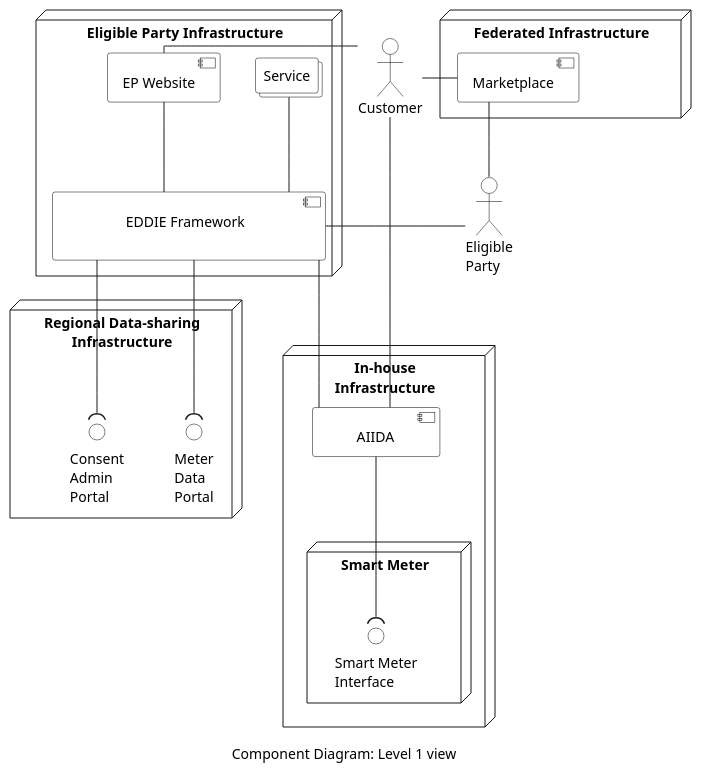
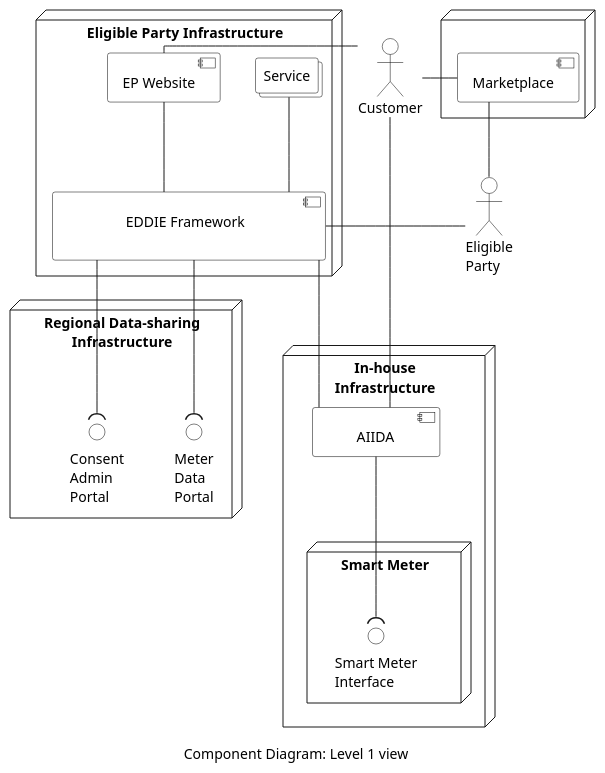
One commit to eddie-energy/architecture changed the diagram in arc42/05-building-block-view/figures/component-diagram-level-1.puml. Above: the diagram before and after it, drawn with PlantUML. The commit also changed 10 other files, not shown here.

```diff
--- a/arc42/05-building-block-view/figures/component-diagram-level-1.puml
+++ b/arc42/05-building-block-view/figures/component-diagram-level-1.puml
@@ -1,75 +1,75 @@
 @startuml component-diagram-level-1
 'component diagram
 caption Component Diagram: Level 1 view
 
 skinparam linetype ortho
 skinparam interface {
   backgroundColor transparent
   borderColor black
 }
 skinparam component{
   BorderColor black
   BackgroundColor transparent
 }
 skinparam actor{
   BorderColor black
   BackgroundColor transparent
 }
 skinparam database{
   BorderColor black
   BackgroundColor transparent
 }
 skinparam rectangle{
   BorderColor transparent
   BackgroundColor transparent
   FontColor transparent
 }
 skinparam collections{
   BorderColor black
   BackgroundColor white
 }
 
 
 
 node "Eligible Party Infrastructure"  as epInfra{
   component "\t\tEDDIE Framework\t\t\n" as eddie
   component "EP Website" as ui
   collections "Service" as service
 
   ui -down- eddie
   ui -[hidden]right- service
   service -down- eddie
 }
 
 node "In-house\nInfrastructure" {
   component "\tAIIDA\t" as aiida
   node "Smart Meter" as meter {
       interface "Smart Meter\nInterface" as p1
   }
   aiida -down-( p1 
 }
 
 node "Regional Data-sharing\nInfrastructure" as energyProvider {
   interface "Meter\nData\nPortal" as dataPortal
   interface "Consent\nAdmin\nPortal" as adminPortal
 }
 
 actor "Customer" as consumer
 actor "Eligible\nParty" as ep
 
-node "Federated Infrastructure"   as marketplaceNode {
+node " "   as marketplaceNode {
   component "Marketplace" as marketplace
 }
 
 consumer -right- marketplace
 marketplace -down- ep
 
 ep -left- eddie
 consumer -left- ui
 consumer -down- aiida
 
 eddie -down-( adminPortal
 eddie -down-( dataPortal
 eddie -down- aiida
 
 @enduml
```
